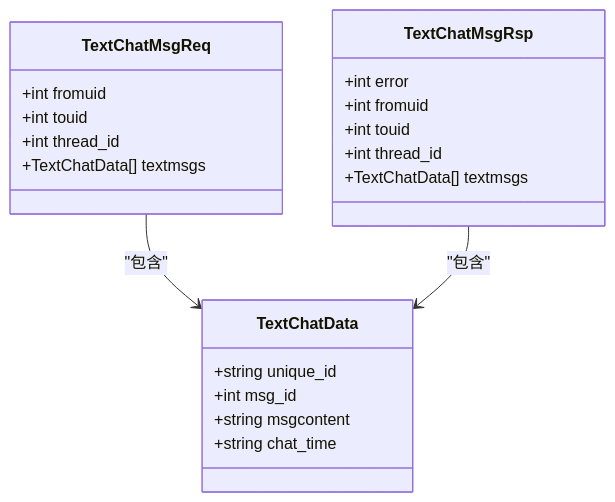
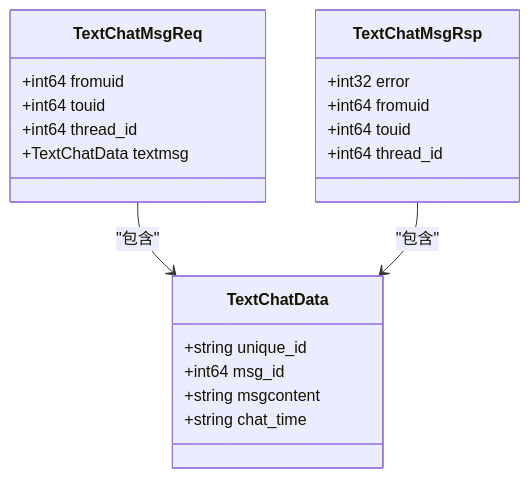
One commit to echo9923/mychatter changed the fifth of 10 diagrams in .qoder/repowiki/zh/content/网络通信/TCP通信协议/TCP消息协议/消息帧格式规范.md. Above: the diagram before and after it, drawn with Mermaid. The commit also changed other lines of this file and 132 other files, not shown here.

````diff
--- a/.qoder/repowiki/zh/content/网络通信/TCP通信协议/TCP消息协议/消息帧格式规范.md
+++ b/.qoder/repowiki/zh/content/网络通信/TCP通信协议/TCP消息协议/消息帧格式规范.md
@@ -162,24 +229,23 @@
 ```mermaid
 classDiagram
 class TextChatData {
 +string unique_id
-+int msg_id
++int64 msg_id
 +string msgcontent
 +string chat_time
 }
 class TextChatMsgReq {
-+int fromuid
-+int touid
-+int thread_id
-+TextChatData[] textmsgs
++int64 fromuid
++int64 touid
++int64 thread_id
++TextChatData textmsg
 }
 class TextChatMsgRsp {
-+int error
-+int fromuid
-+int touid
-+int thread_id
-+TextChatData[] textmsgs
++int32 error
++int64 fromuid
++int64 touid
++int64 thread_id
 }
 TextChatMsgReq --> TextChatData : "包含"
 TextChatMsgRsp --> TextChatData : "包含"
 ```
````
